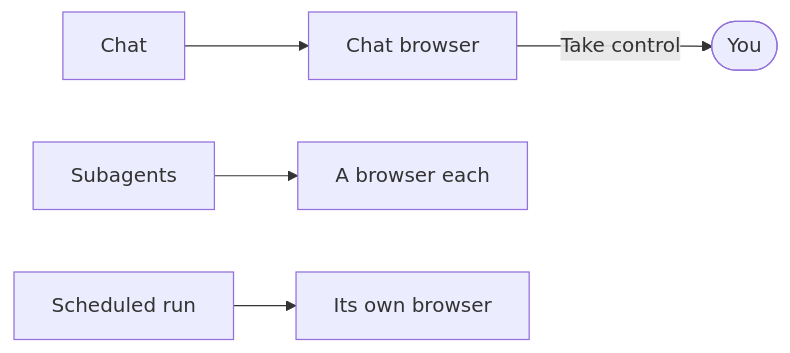
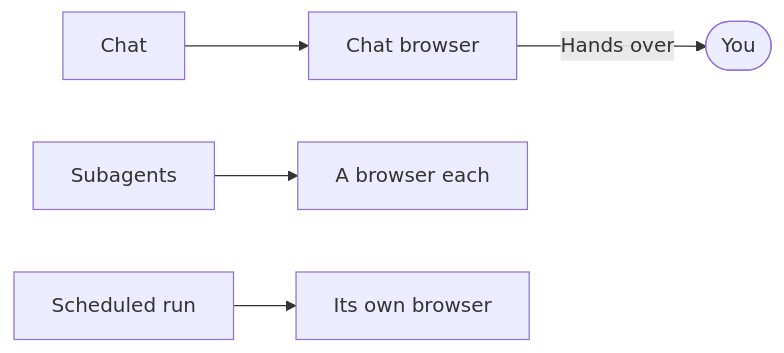
One commit to KrishBhimani/nod changed the diagram in docs/src/content/docs/use/browser.mdx. Above: the diagram before and after it, drawn with Mermaid. The commit also changed other lines of this file and 9 other files, not shown here.

````diff
--- a/docs/src/content/docs/use/browser.mdx
+++ b/docs/src/content/docs/use/browser.mdx
@@ -61,7 +63,7 @@
 ```mermaid
 flowchart LR
   chat[Chat]:::accent --> b1[Chat browser]
   sub[Subagents] --> b2[A browser each]
   run[Scheduled run] --> b3[Its own browser]
-  b1 -- Take control --> you([You]):::accent
+  b1 -- Hands over --> you([You]):::accent
 ```
````
